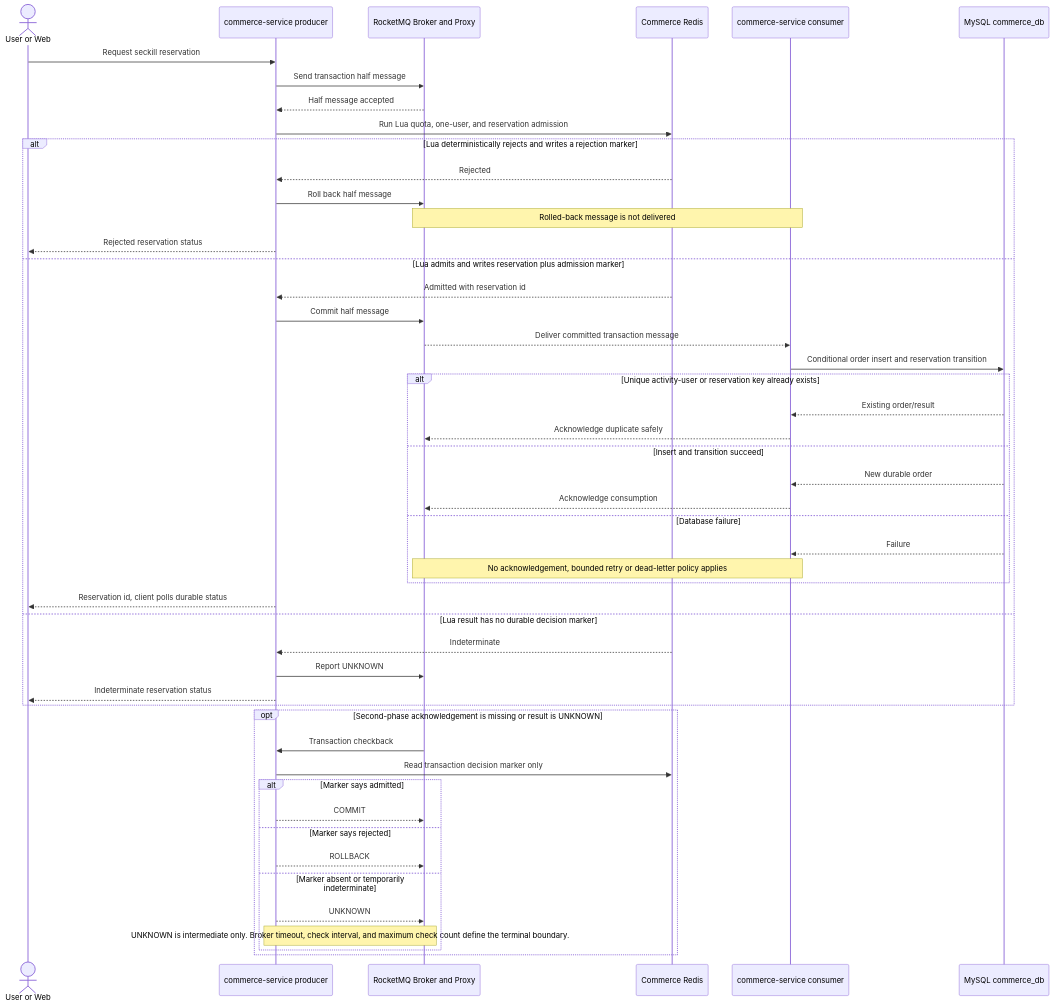
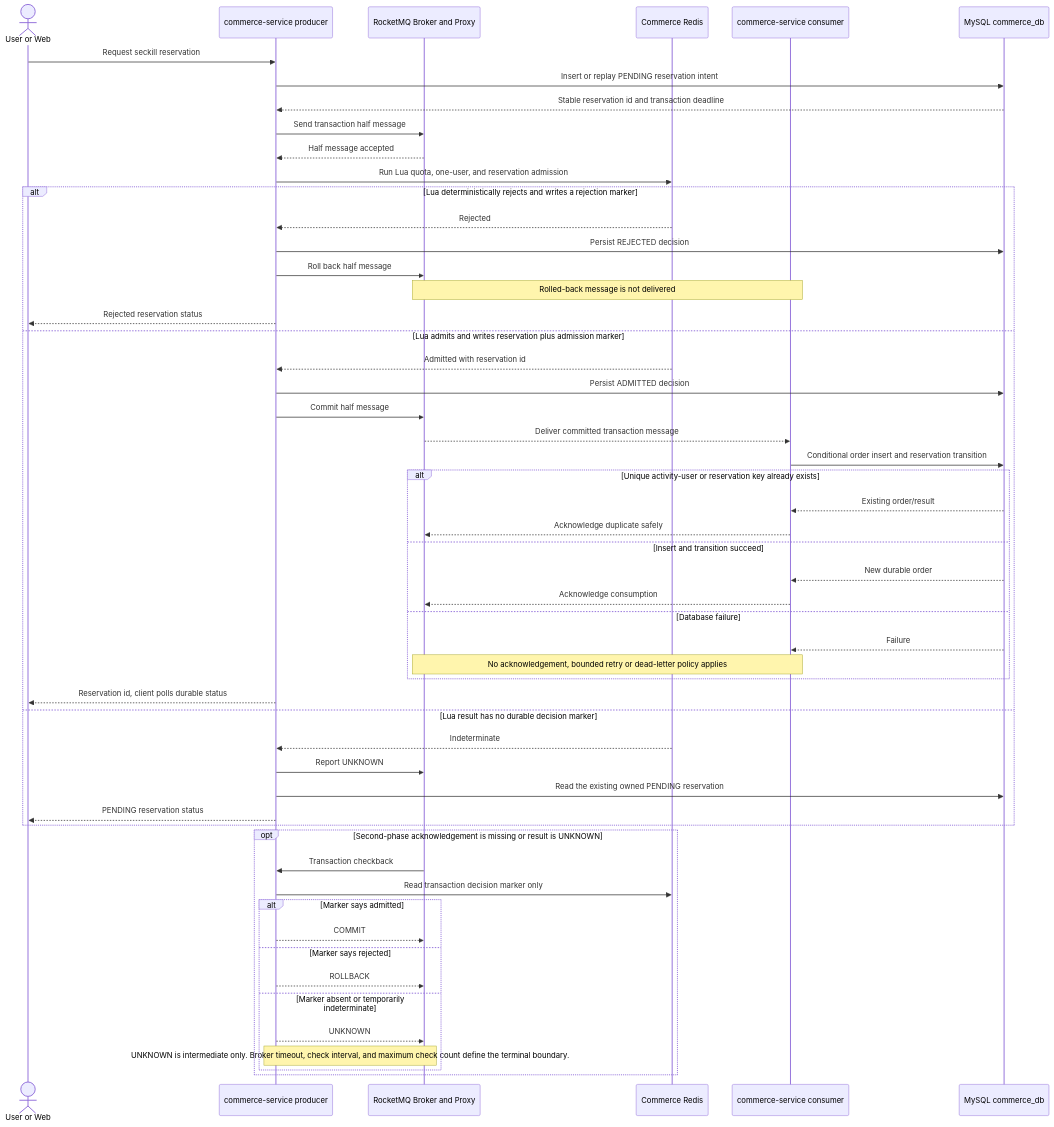
Before and after one commit to ChanTso/citybuddy: the second of 4 diagrams in docs/CONTRACTS.md, drawn with Mermaid. The commit also changed other lines of this file, not shown here.

````diff
--- a/docs/CONTRACTS.md
+++ b/docs/CONTRACTS.md
@@ -422,54 +423,59 @@
 ```mermaid
 sequenceDiagram
     actor U as User or Web
     participant C as commerce-service producer
     participant M as RocketMQ Broker and Proxy
     participant R as Commerce Redis
     participant W as commerce-service consumer
     participant D as MySQL commerce_db
 
     U->>C: Request seckill reservation
+    C->>D: Insert or replay PENDING reservation intent
+    D-->>C: Stable reservation id and transaction deadline
     C->>M: Send transaction half message
     M-->>C: Half message accepted
     C->>R: Run Lua quota, one-user, and reservation admission
 
     alt Lua deterministically rejects and writes a rejection marker
         R-->>C: Rejected
+        C->>D: Persist REJECTED decision
         C->>M: Roll back half message
         Note over M,W: Rolled-back message is not delivered
         C-->>U: Rejected reservation status
     else Lua admits and writes reservation plus admission marker
         R-->>C: Admitted with reservation id
+        C->>D: Persist ADMITTED decision
         C->>M: Commit half message
         M-->>W: Deliver committed transaction message
         W->>D: Conditional order insert and reservation transition
         alt Unique activity-user or reservation key already exists
             D-->>W: Existing order/result
             W-->>M: Acknowledge duplicate safely
         else Insert and transition succeed
             D-->>W: New durable order
             W-->>M: Acknowledge consumption
         else Database failure
             D-->>W: Failure
             Note over W,M: No acknowledgement, bounded retry or dead-letter policy applies
         end
         C-->>U: Reservation id, client polls durable status
     else Lua result has no durable decision marker
         R-->>C: Indeterminate
         C->>M: Report UNKNOWN
-        C-->>U: Indeterminate reservation status
+        C->>D: Read the existing owned PENDING reservation
+        C-->>U: PENDING reservation status
     end
 
     opt Second-phase acknowledgement is missing or result is UNKNOWN
         M->>C: Transaction checkback
         C->>R: Read transaction decision marker only
         alt Marker says admitted
             C-->>M: COMMIT
         else Marker says rejected
             C-->>M: ROLLBACK
         else Marker absent or temporarily indeterminate
             C-->>M: UNKNOWN
             Note over M,C: UNKNOWN is intermediate only. Broker timeout, check interval, and maximum check count define the terminal boundary.
         end
     end
 ```
````
